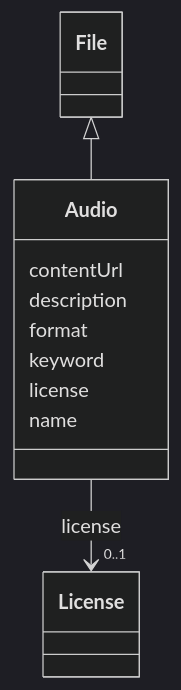
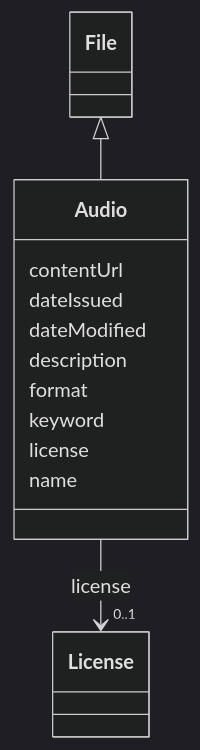
Before and after one commit to EVORA-project/evora-ontology: the diagram in models/docs/Audio.md, drawn with Mermaid (dark theme). The commit also changed other lines of this file and 377 other files, not shown here.

````diff
--- a/models/docs/Audio.md
+++ b/models/docs/Audio.md
@@ -19,28 +19,32 @@
 ```mermaid
  classDiagram
     class Audio
     click Audio href "../Audio"
       File <|-- Audio
         click File href "../File"
       
       Audio : contentUrl
+        
+      Audio : dateIssued
+        
+      Audio : dateModified
         
       Audio : description
         
       Audio : format
         
       Audio : keyword
         
       Audio : license
         
           
     
     
     Audio --> "0..1" License : license
     click License href "../License"
 
         
       Audio : name
         
       
 ```
````
